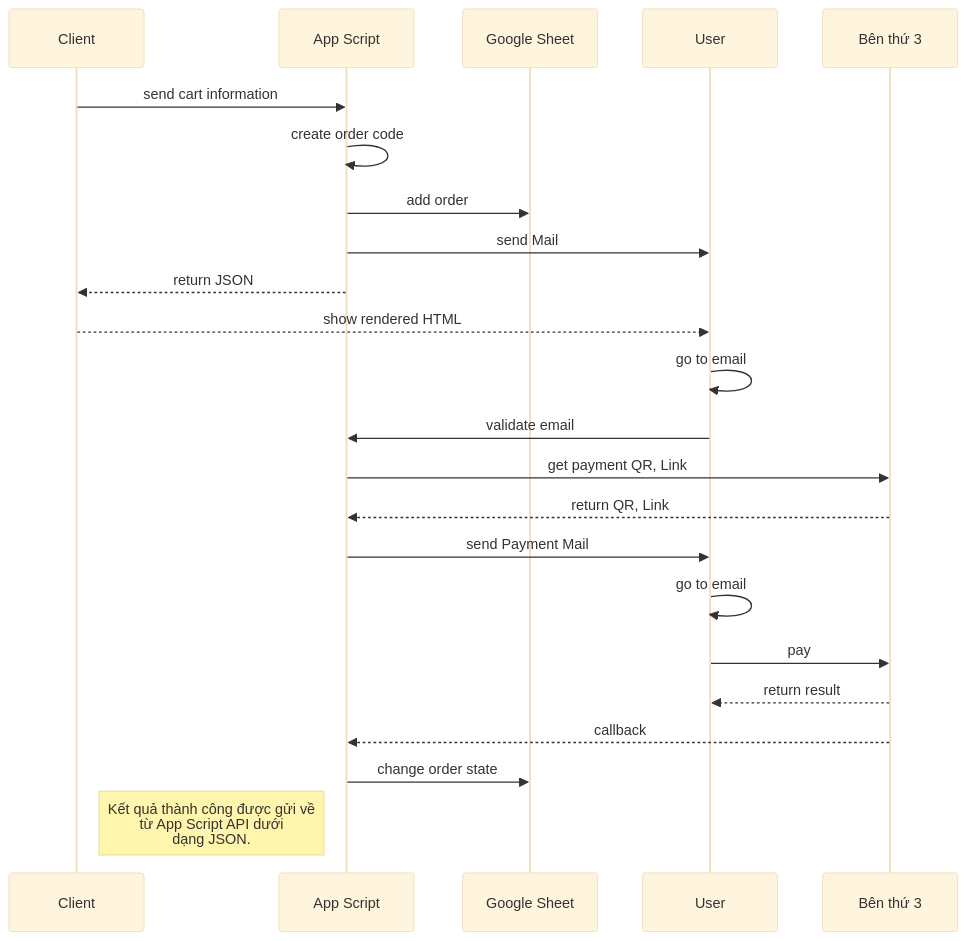
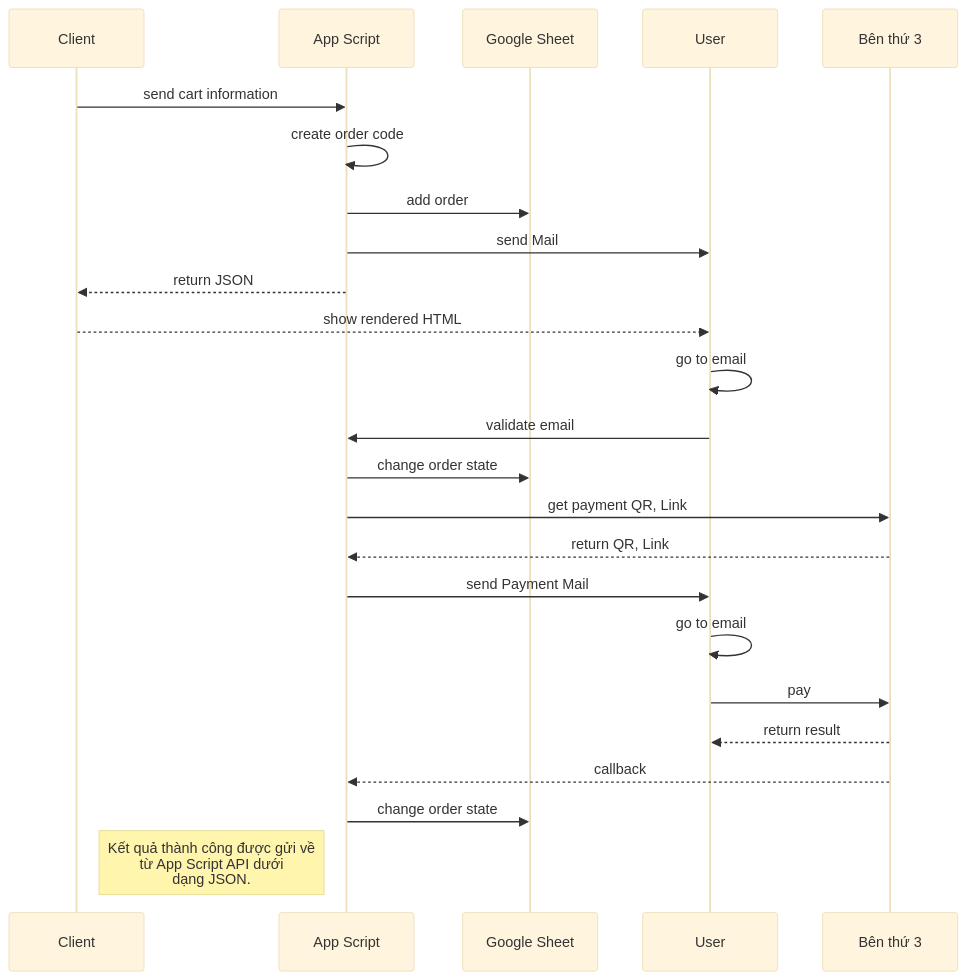
The eighth of 8 diagrams in README.md (daovietanh190499/Shopsmon), drawn with Mermaid (base theme) before and after one commit.

````diff
--- a/README.md
+++ b/README.md
@@ -173,20 +173,21 @@
 ```mermaid
 sequenceDiagram
 Client ->> App Script: send cart information
 App Script ->> App Script: create order code
 App Script ->> Google Sheet: add order
 App Script ->> User: send Mail
 App Script-->>Client: return JSON
 Client -->> User: show rendered HTML
 User ->> User: go to email
 User ->> App Script: validate email
+App Script ->> Google Sheet: change order state
 App Script ->> Bên thứ 3: get payment QR, Link
 Bên thứ 3 -->> App Script: return QR, Link
 App Script ->> User: send Payment Mail
 User ->> User: go to email
 User ->> Bên thứ 3: pay
 Bên thứ 3 -->> User: return result
 Bên thứ 3 -->> App Script: callback
 App Script->>Google Sheet: change order state
 Note right of Client: Kết quả thành công được gửi về <br/> từ App Script API dưới <br/> dạng JSON.
 ```
````
